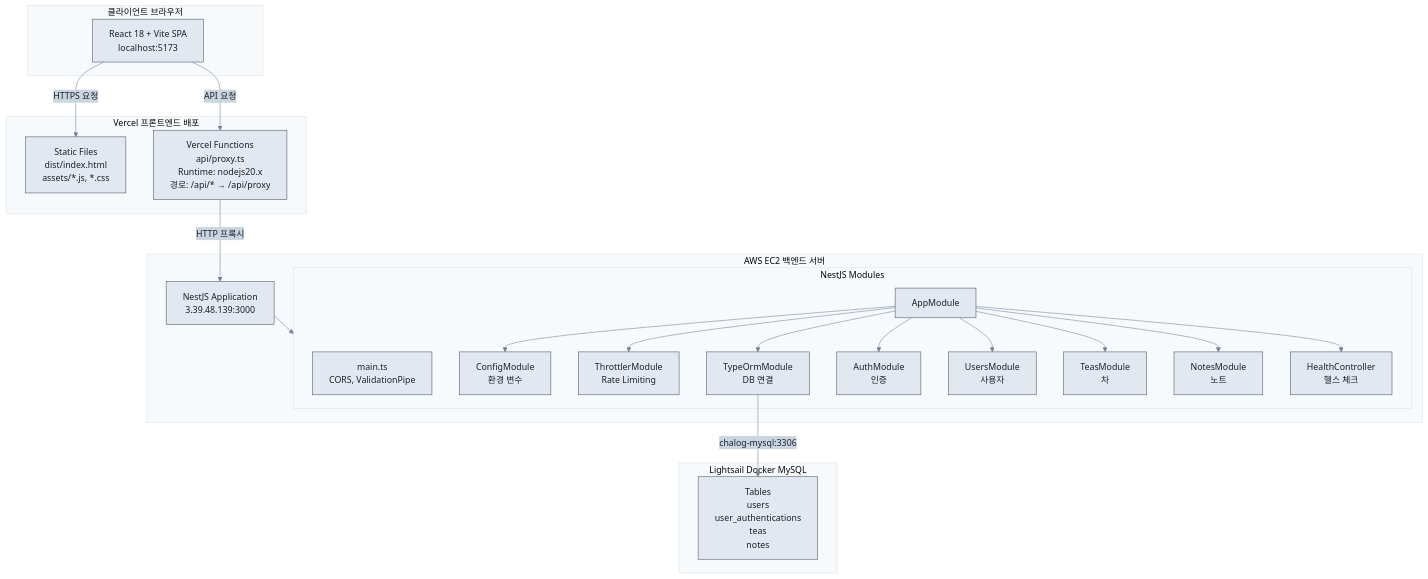
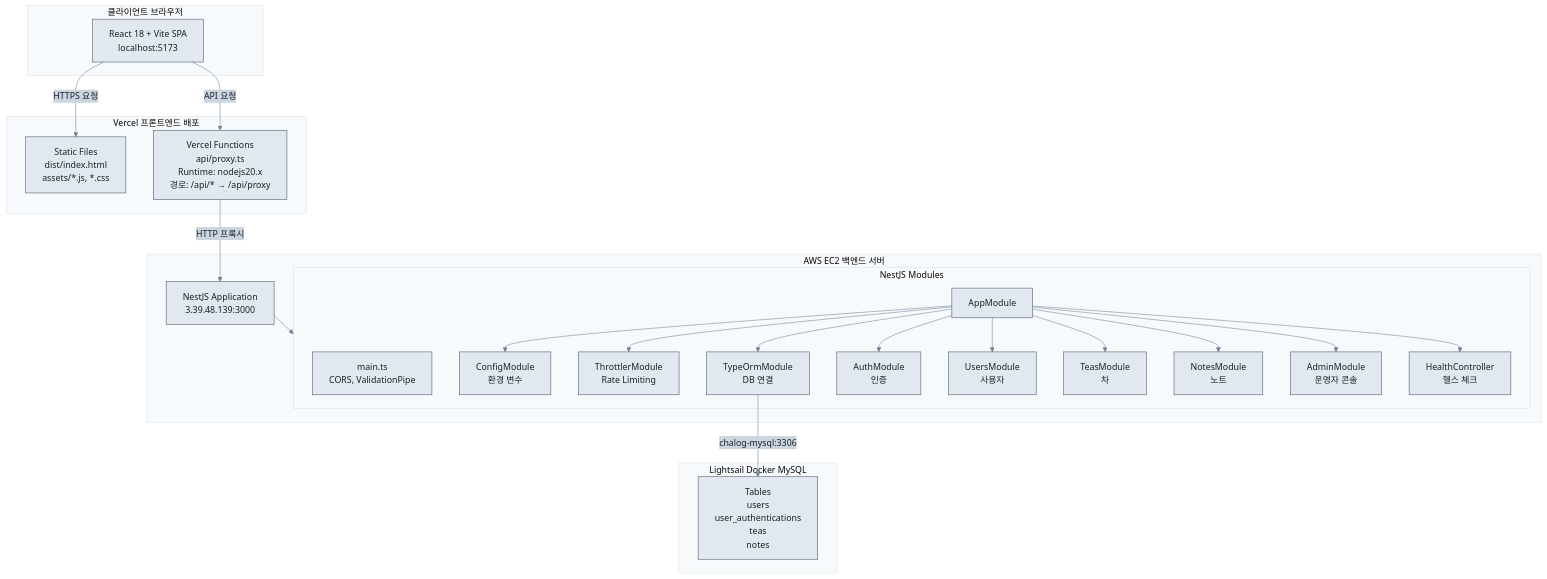
Before and after one commit to FLYLIKEB/ChaLog: the first of 11 diagrams in docs/architecture/SERVER_ARCHITECTURE.md, drawn with Mermaid. The commit also changed other lines of this file and 11 other files, not shown here.

````diff
--- a/docs/architecture/SERVER_ARCHITECTURE.md
+++ b/docs/architecture/SERVER_ARCHITECTURE.md
@@ -19,47 +19,49 @@
 ```mermaid
 %%{init: {'theme':'base', 'themeVariables': { 'primaryColor':'#e2e8f0', 'primaryTextColor':'#1a202c', 'primaryBorderColor':'#4a5568', 'lineColor':'#718096', 'secondaryColor':'#cbd5e0', 'tertiaryColor':'#f7fafc', 'noteBkgColor':'#fff', 'noteTextColor':'#1a202c', 'noteBorderColor':'#4a5568'}}}%%
 flowchart TB
     subgraph Client["클라이언트 브라우저"]
         Browser["React 18 + Vite SPA<br/>localhost:5173"]
     end
 
     subgraph Vercel["Vercel 프론트엔드 배포"]
         StaticFiles["Static Files<br/>dist/index.html<br/>assets/*.js, *.css"]
         Proxy["Vercel Functions<br/>api/proxy.ts<br/>Runtime: nodejs20.x<br/>경로: /api/* → /api/proxy"]
     end
 
     subgraph Backend["AWS EC2 백엔드 서버"]
         NestJS["NestJS Application<br/>3.39.48.139:3000"]
         
         subgraph NestJSModules["NestJS Modules"]
             Main["main.ts<br/>CORS, ValidationPipe"]
             AppModule["AppModule"]
             ConfigModule["ConfigModule<br/>환경 변수"]
             ThrottlerModule["ThrottlerModule<br/>Rate Limiting"]
             TypeOrmModule["TypeOrmModule<br/>DB 연결"]
             AuthModule["AuthModule<br/>인증"]
             UsersModule["UsersModule<br/>사용자"]
             TeasModule["TeasModule<br/>차"]
             NotesModule["NotesModule<br/>노트"]
+            AdminModule["AdminModule<br/>운영자 콘솔"]
             HealthController["HealthController<br/>헬스 체크"]
         end
     end
 
     subgraph Database["Lightsail Docker MySQL"]
         Tables["Tables<br/>users<br/>user_authentications<br/>teas<br/>notes"]
     end
 
     Browser -->|HTTPS 요청| StaticFiles
     Browser -->|API 요청| Proxy
     Proxy -->|HTTP 프록시| NestJS
     NestJS --> NestJSModules
     AppModule --> ConfigModule
     AppModule --> ThrottlerModule
     AppModule --> TypeOrmModule
     AppModule --> AuthModule
     AppModule --> UsersModule
     AppModule --> TeasModule
     AppModule --> NotesModule
+    AppModule --> AdminModule
     AppModule --> HealthController
     TypeOrmModule -->|chalog-mysql:3306| Tables
 ```
````
